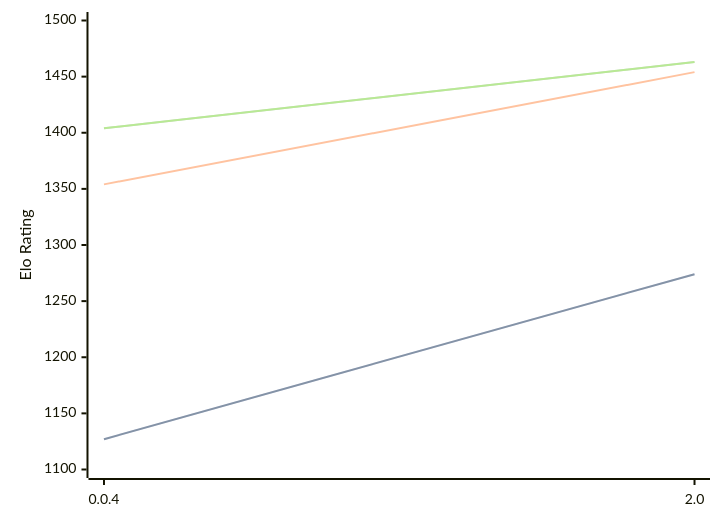
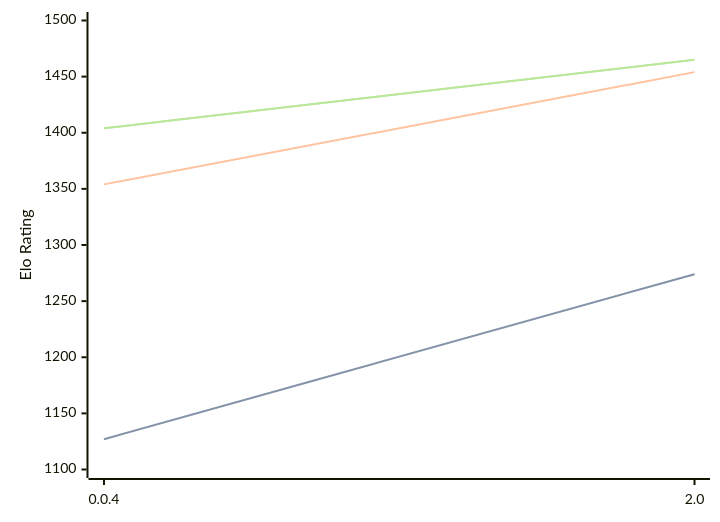
The third of 3 diagrams in engines/Oops!Mate.md (computer-chess-index/cci), drawn with Mermaid before and after one commit. The commit also changed other lines of this file, not shown here.

Commit message:
Update CCI Ratings (ELO VLTC) - 2026-07-06

````diff
--- a/engines/Oops!Mate.md
+++ b/engines/Oops!Mate.md
@@ -85,11 +85,11 @@
 ```mermaid
 %%{init: {"theme":"base","themeVariables":{"seriesColors:['#a3a3a3','#222221','#faa371']}}}%%
 xychart-beta
   x-axis ["0.0.4", "2.0"]
   y-axis "Elo Rating" 1100 --> 1500
   line "STC (8.0+0.08s)" [1127, 1274]
   line "STC (8.0+0.08s)" [1127, 1274]
   line "LTC (60.0+0.60s)" [1354, 1454]
-  line "VLTC (2m24s+1.12s)" [1404, 1463]
-  line "VLTC (2m24s+1.12s)" [1404, 1463]
+  line "VLTC (2m24s+1.12s)" [1404, 1465]
+  line "VLTC (2m24s+1.12s)" [1404, 1465]
 ```
````
